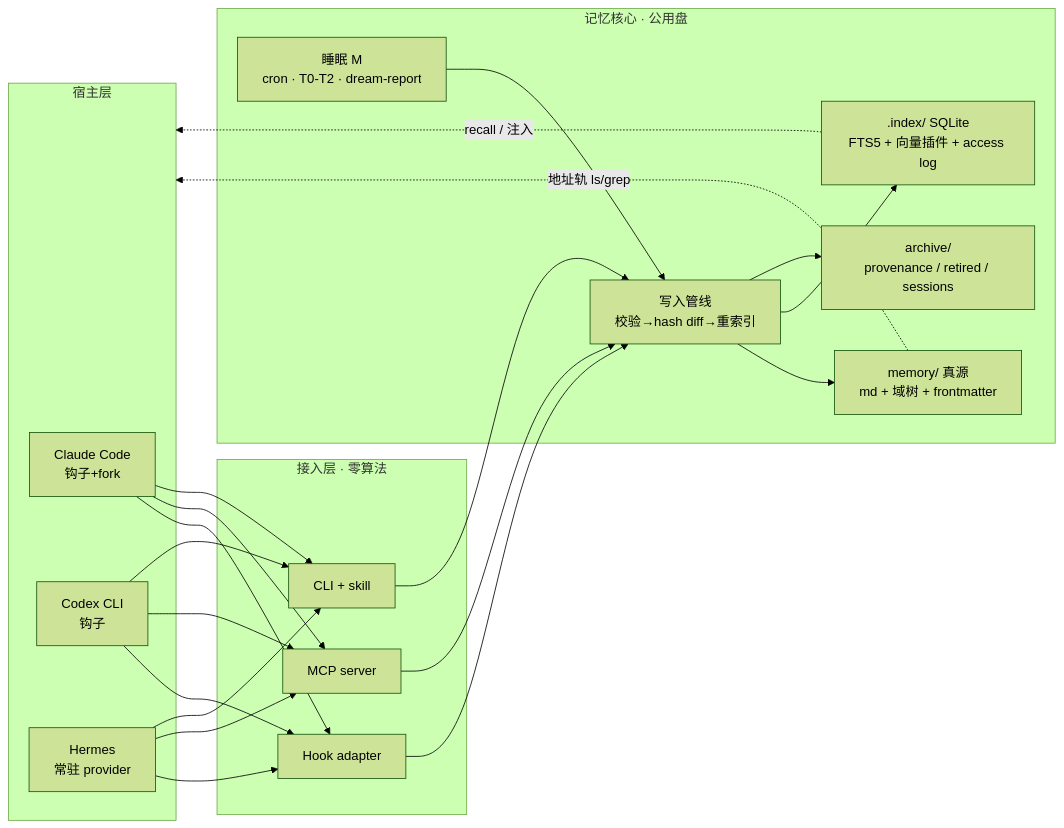
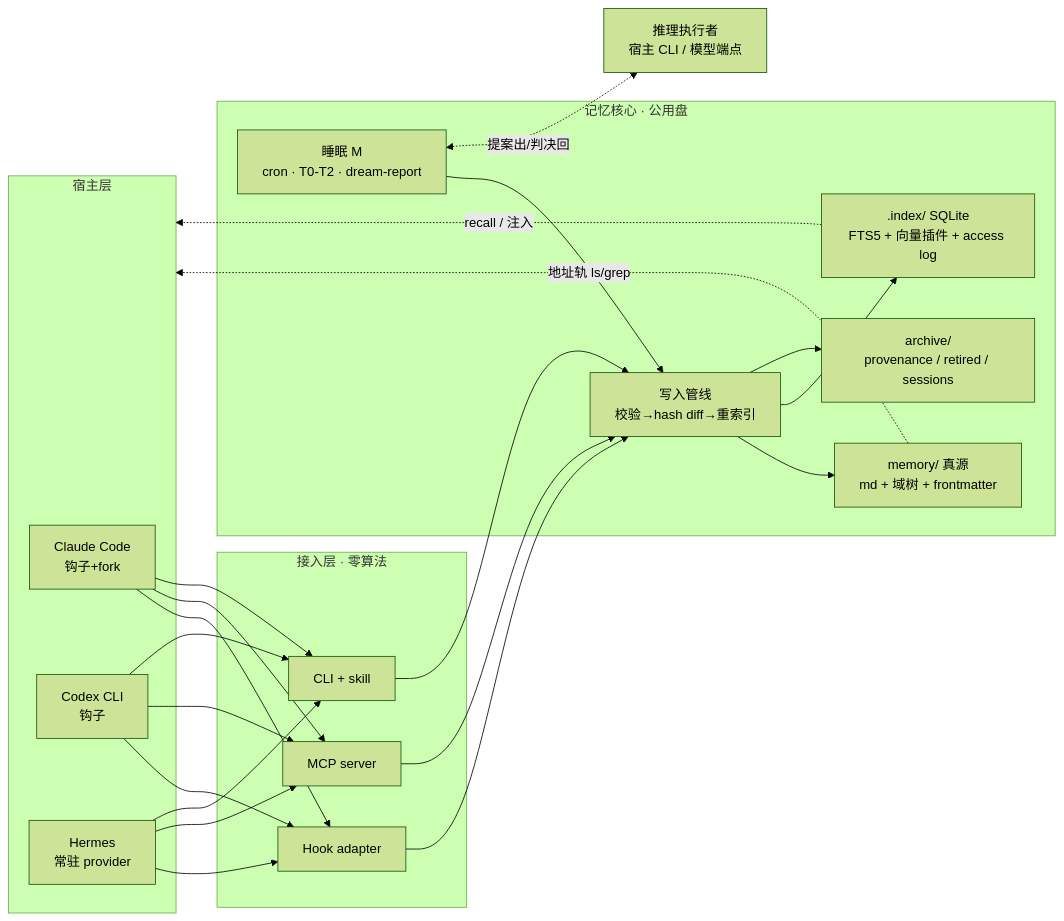
Before and after one commit to tigerless-labs/agent-memory: the diagram in docs/design/architecture/overview.md, drawn with Mermaid (forest theme). The commit also changed other lines of this file and 20 other files, not shown here.

````diff
--- a/docs/design/architecture/overview.md
+++ b/docs/design/architecture/overview.md
@@ -7,25 +7,27 @@
 ```mermaid
 flowchart LR
   subgraph hosts[宿主层]
     CC[Claude Code<br/>钩子+fork]
     CX[Codex CLI<br/>钩子]
     HM[Hermes<br/>常驻 provider]
   end
   subgraph adapters[接入层 · 零算法]
     HK[Hook adapter]
     MCP[MCP server]
     CLI[CLI + skill]
   end
   subgraph core[记忆核心 · 公用盘]
     T[memory/ 真源<br/>md + 域树 + frontmatter]
     P[写入管线<br/>校验→hash diff→重索引]
     I[.index/ SQLite<br/>FTS5 + 向量插件 + access log]
     A[archive/<br/>provenance / retired / sessions]
     M[睡眠 M<br/>cron · T0-T2 · dream-report]
   end
+  RS[推理执行者<br/>宿主 CLI / 模型端点]
   CC & CX & HM --> HK & MCP & CLI --> P
   P --> T & I & A
   M --> P
+  M <-. "提案出/判决回" .-> RS
   I -. "recall / 注入" .-> hosts
   T -. "地址轨 ls/grep" .-> hosts
 ```
````
